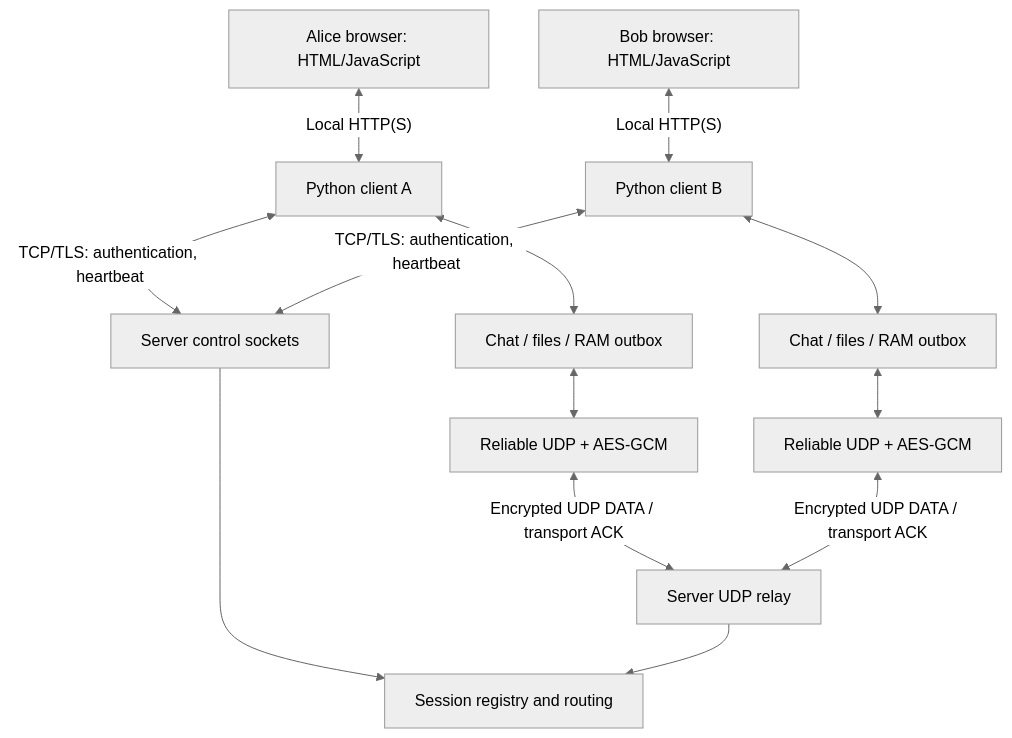
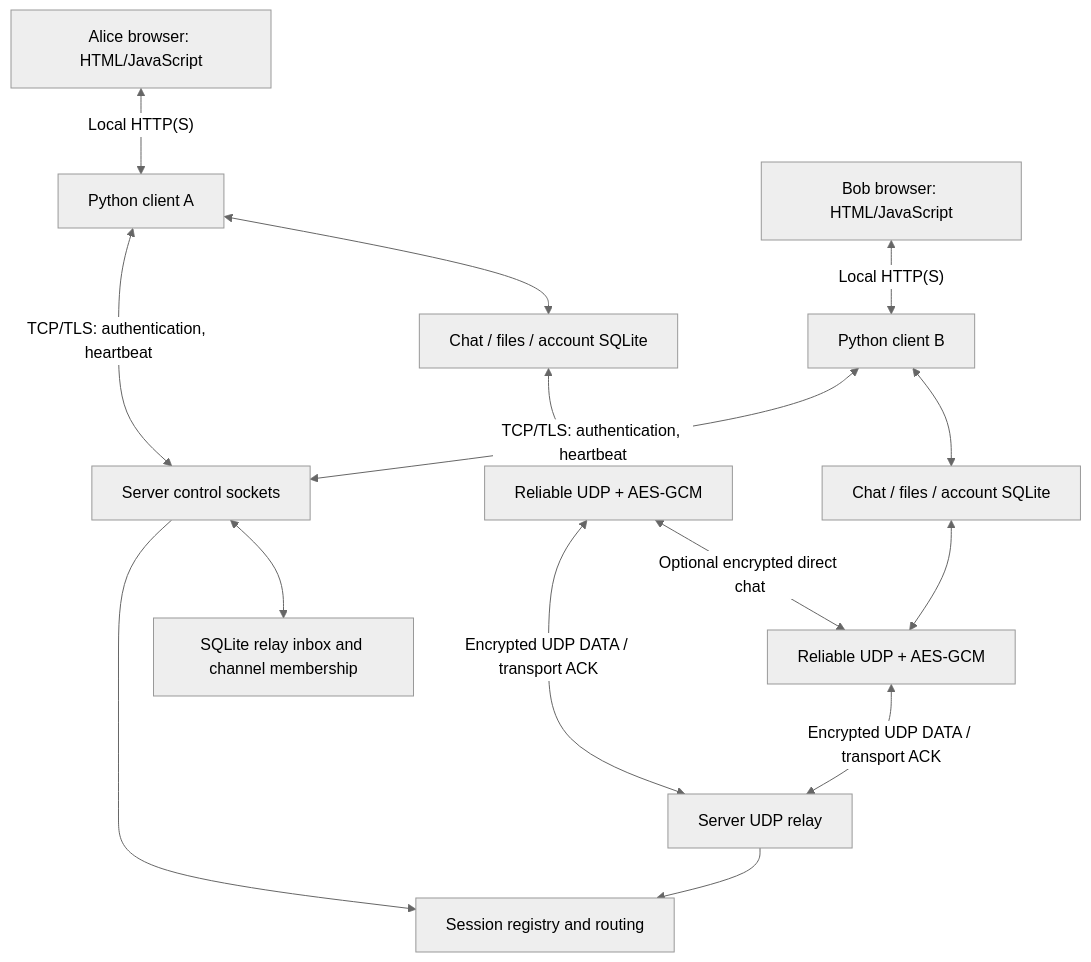
The diagram in docs/architecture.md (Qtryn/Computer_Network_ASS1), drawn with Mermaid (neutral theme) before and after one commit. The commit also changed other lines of this file and 26 other files, not shown here.

First line of the commit message:
Integrate durable chat recovery and authenticated UDP flow control

````diff
--- a/docs/architecture.md
+++ b/docs/architecture.md
@@ -7,15 +7,17 @@
 ```mermaid
 flowchart TB
     BrowserA["Alice browser: HTML/JavaScript"] <-->|"Local HTTP(S)"| ClientA[Python client A]
     BrowserB["Bob browser: HTML/JavaScript"] <-->|"Local HTTP(S)"| ClientB[Python client B]
     ClientA <-->|"TCP/TLS: authentication, heartbeat"| Control[Server control sockets]
     ClientB <-->|"TCP/TLS: authentication, heartbeat"| Control
-    ClientA <--> FeaturesA[Chat / files / RAM outbox]
-    ClientB <--> FeaturesB[Chat / files / RAM outbox]
+    ClientA <--> FeaturesA[Chat / files / account SQLite]
+    ClientB <--> FeaturesB[Chat / files / account SQLite]
     FeaturesA <--> TransportA[Reliable UDP + AES-GCM]
     FeaturesB <--> TransportB[Reliable UDP + AES-GCM]
     TransportA <-->|"Encrypted UDP DATA / transport ACK"| Relay[Server UDP relay]
     TransportB <-->|"Encrypted UDP DATA / transport ACK"| Relay
     Control --> Registry[Session registry and routing]
     Relay --> Registry
+    Control <--> Store[SQLite relay inbox and channel membership]
+    TransportA <-->|"Optional encrypted direct chat"| TransportB
 ```
````
